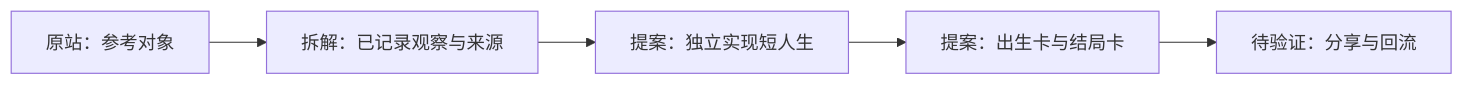
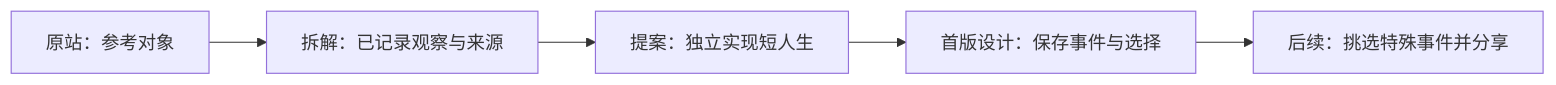
One commit to yuki-uix/life-sim-product-study changed the diagram in README.md. Above: the diagram before and after it, drawn with Mermaid. The commit also changed other lines of this file and 3 other files, not shown here.

````diff
--- a/README.md
+++ b/README.md
@@ -17,7 +18,7 @@
 ```mermaid
 flowchart LR
     A[原站：参考对象] --> B[拆解：已记录观察与来源]
     B --> C[提案：独立实现短人生]
-    C --> D[提案：出生卡与结局卡]
-    D --> E[待验证：分享与回流]
+    C --> D[首版设计：保存事件与选择]
+    D --> E[后续：挑选特殊事件并分享]
 ```
````
